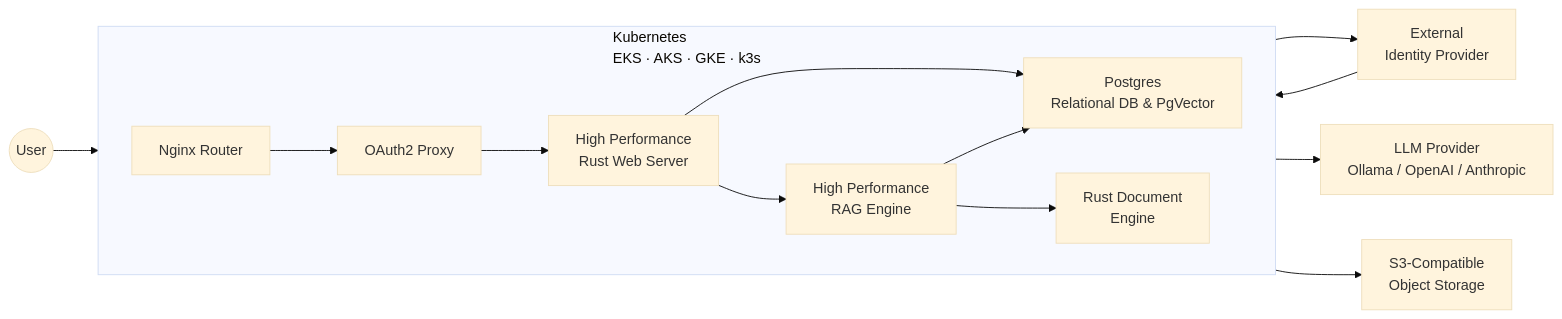
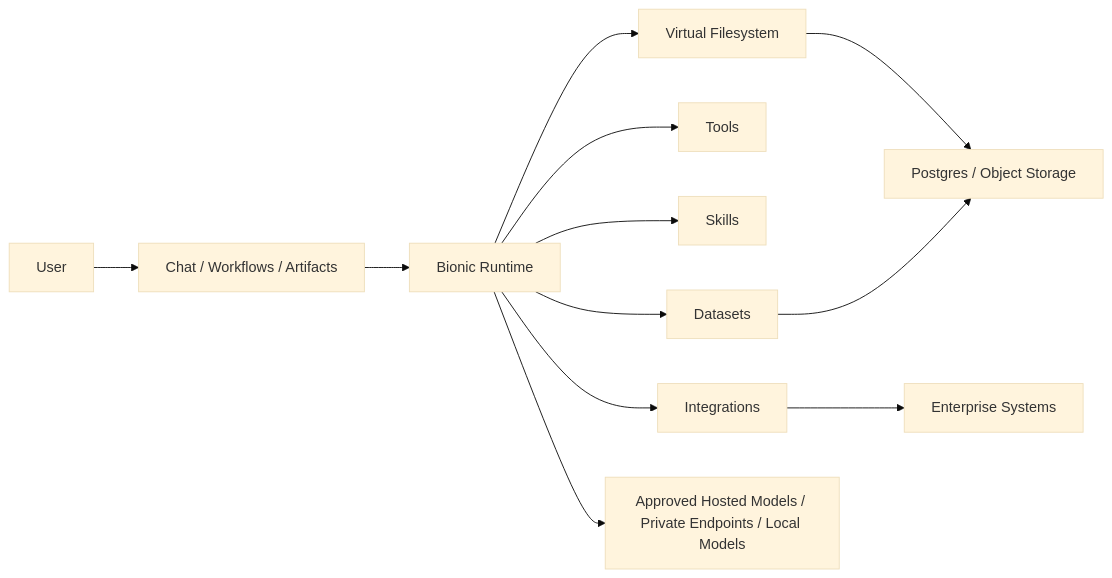
Before and after one commit to bionic-gpt/bionic-gpt: the diagram in README.md, drawn with Mermaid (base theme). The commit also changed other lines of this file, not shown here.

````diff
--- a/README.md
+++ b/README.md
@@ -150,46 +65,26 @@
 ```mermaid
 flowchart LR
-    %% External actors
-    User((User))
-    IdP["External<br/>Identity Provider"]
-    LLM["LLM Provider<br/>Ollama / OpenAI / Anthropic"]
-    S3["S3-Compatible<br/>Object Storage"]
+    User["User"]
+    Experience["Chat / Workflows / Artifacts"]
+    Runtime["Bionic Runtime"]
+    VFS["Virtual Filesystem"]
+    Tools["Tools"]
+    Skills["Skills"]
+    Datasets["Datasets"]
+    Integrations["Integrations"]
+    Models["Approved Hosted Models / Private Endpoints / Local Models"]
+    Systems["Enterprise Systems"]
+    Storage["Postgres / Object Storage"]
 
-    %% Kubernetes boundary
-    subgraph K8s["Kubernetes<br/>EKS · AKS · GKE · k3s"]
-        direction LR
-
-        %% Ingress & Auth
-        Nginx["Nginx Router"]
-        OAuth2["OAuth2 Proxy"]
-
-        %% Core API
-        RustServer["High Performance<br/>Rust Web Server"]
-
-        %% Engines
-        RAG["High Performance<br/>RAG Engine"]
-        DocEngine["Rust Document<br/>Engine"]
-
-        %% Database
-        Postgres["Postgres<br/>Relational DB & PgVector"]
-    end
-
-    %% Request flow
-    User --> Nginx --> OAuth2 --> RustServer
-
-    %% Authentication flow
-    OAuth2 --> IdP
-    IdP --> OAuth2
-
-    %% Control & inference
-    RustServer --> RAG
-    RustServer --> LLM
-    RustServer --> Postgres
-
-    %% RAG orchestration
-    RAG --> Postgres
-    RAG --> DocEngine
-
-    %% Object storage access
-    RustServer --> S3
+    User --> Experience
+    Experience --> Runtime
+    Runtime --> VFS
+    Runtime --> Tools
+    Runtime --> Skills
+    Runtime --> Datasets
+    Runtime --> Integrations
+    Runtime --> Models
+    Integrations --> Systems
+    VFS --> Storage
+    Datasets --> Storage
 ```
````
